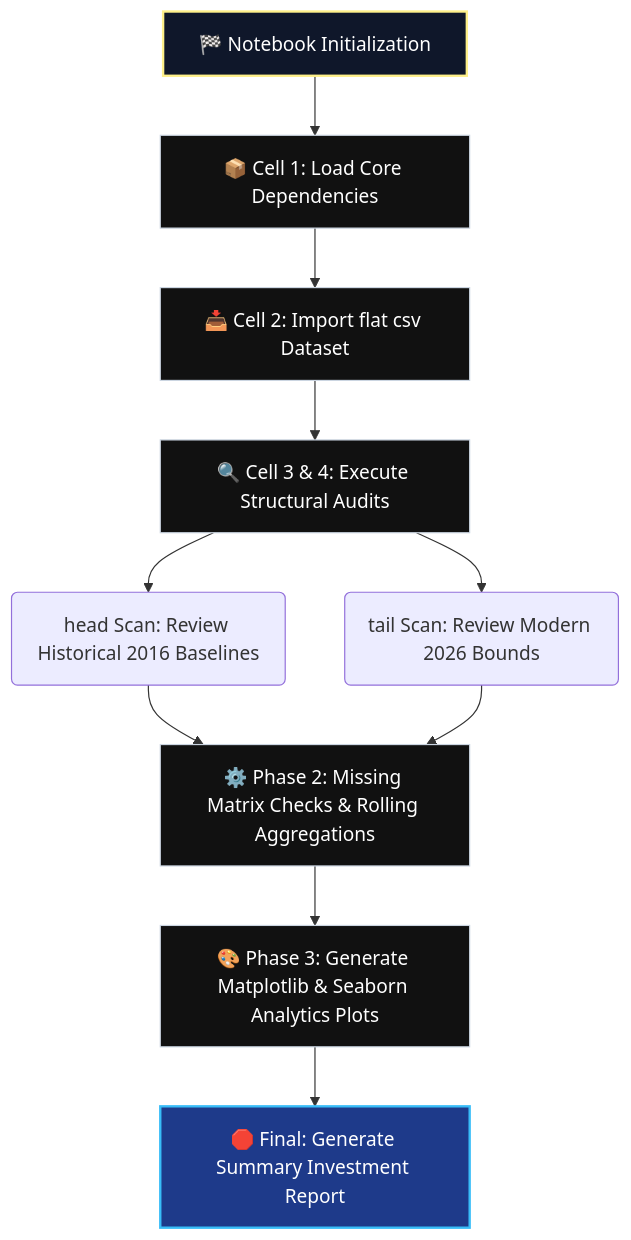
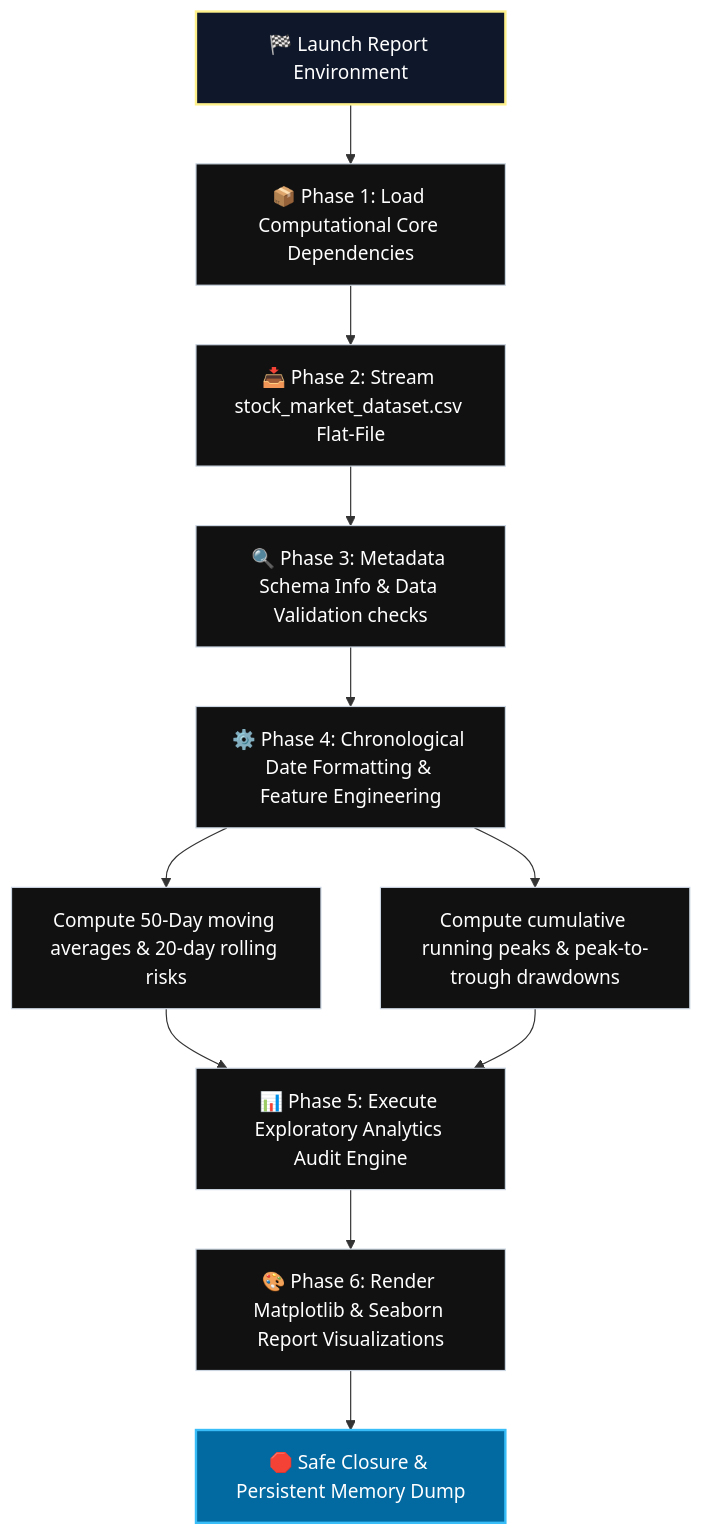
The diagram in README.md (alokverma22/Stock-Market-Analysis), drawn with Mermaid before and after one commit. The commit also changed other lines of this file, not shown here.

````diff
--- a/README.md
+++ b/README.md
@@ -67,18 +72,19 @@
 ```mermaid
 graph TD
-    A[🏁 Notebook Initialization] --> B[📦 Cell 1: Load Core Dependencies]
-    B --> C[📥 Cell 2: Import flat csv Dataset]
-    C --> D[🔍 Cell 3 & 4: Execute Structural Audits]
+    A[🏁 Launch Report Environment] --> B[📦 Phase 1: Load Computational Core Dependencies]
+    B --> C[📥 Phase 2: Stream stock_market_dataset.csv Flat-File]
+    C --> D[🔍 Phase 3: Metadata Schema Info & Data Validation checks]
     
-    D --> D1(head Scan: Review Historical 2016 Baselines)
-    D --> D2(tail Scan: Review Modern 2026 Bounds)
+    D --> E[⚙️ Phase 4: Chronological Date Formatting & Feature Engineering]
+    E --> E1[Compute 50-Day moving averages & 20-day rolling risks]
+    E --> E2[Compute cumulative running peaks & peak-to-trough drawdowns]
     
-    D1 & D2 --> E[⚙️ Phase 2: Missing Matrix Checks & Rolling Aggregations]
-    E --> F[🎨 Phase 3: Generate Matplotlib & Seaborn Analytics Plots]
-    F --> G[🛑 Final: Generate Summary Investment Report]
+    E1 & E2 --> F[📊 Phase 5: Execute Exploratory Analytics Audit Engine]
+    F --> G[🎨 Phase 6: Render Matplotlib & Seaborn Report Visualizations]
+    G --> H[🛑 Safe Closure & Persistent Memory Dump]
 
     style A fill:#0f172a,stroke:#fef08a,stroke-width:2px,color:#fff
-    style G fill:#1e3a8a,stroke:#38bdf8,stroke-width:2px,color:#fff
-    classDef steps fill:#111,stroke:#cbd5e1,stroke-width:1px,color:#fff;
-    class B,C,D,E,F steps;
+    style H fill:#0369a1,stroke:#38bdf8,stroke-width:2px,color:#fff
+    classDef step fill:#111,stroke:#cbd5e1,stroke-width:1px,color:#fff;
+    class B,C,D,E,E1,E2,F,G step;
 ```
````
